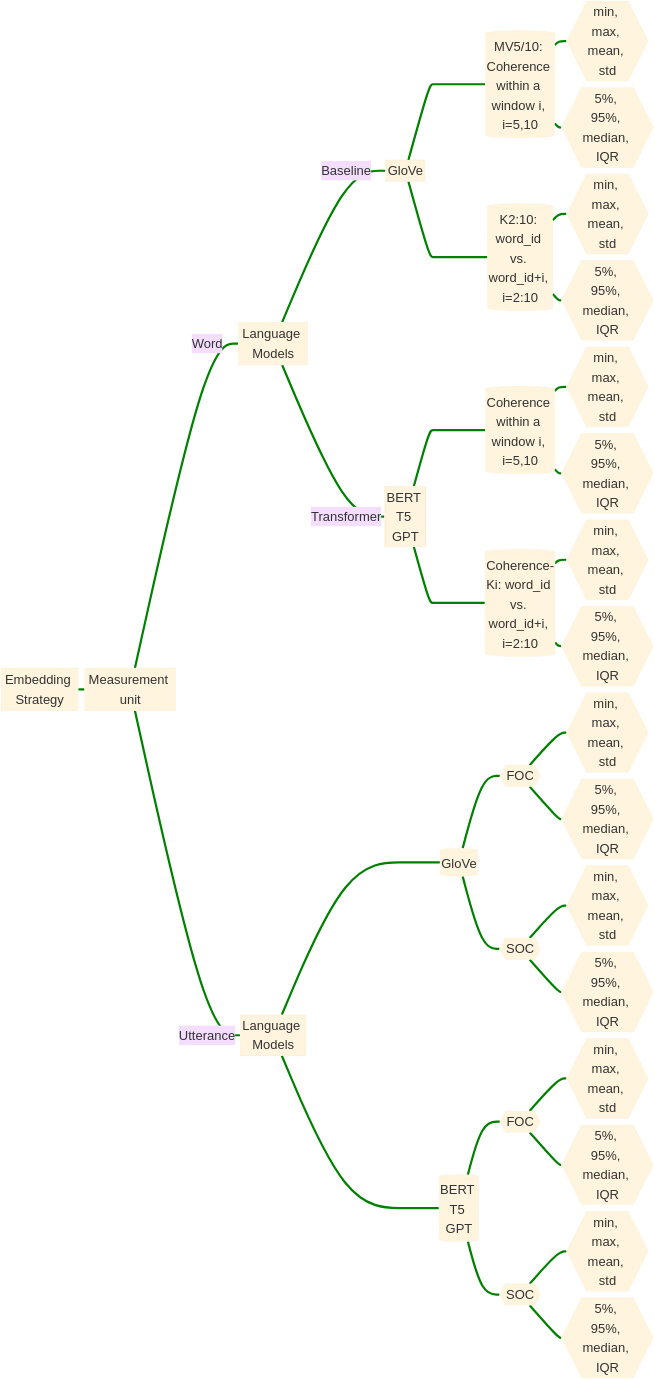
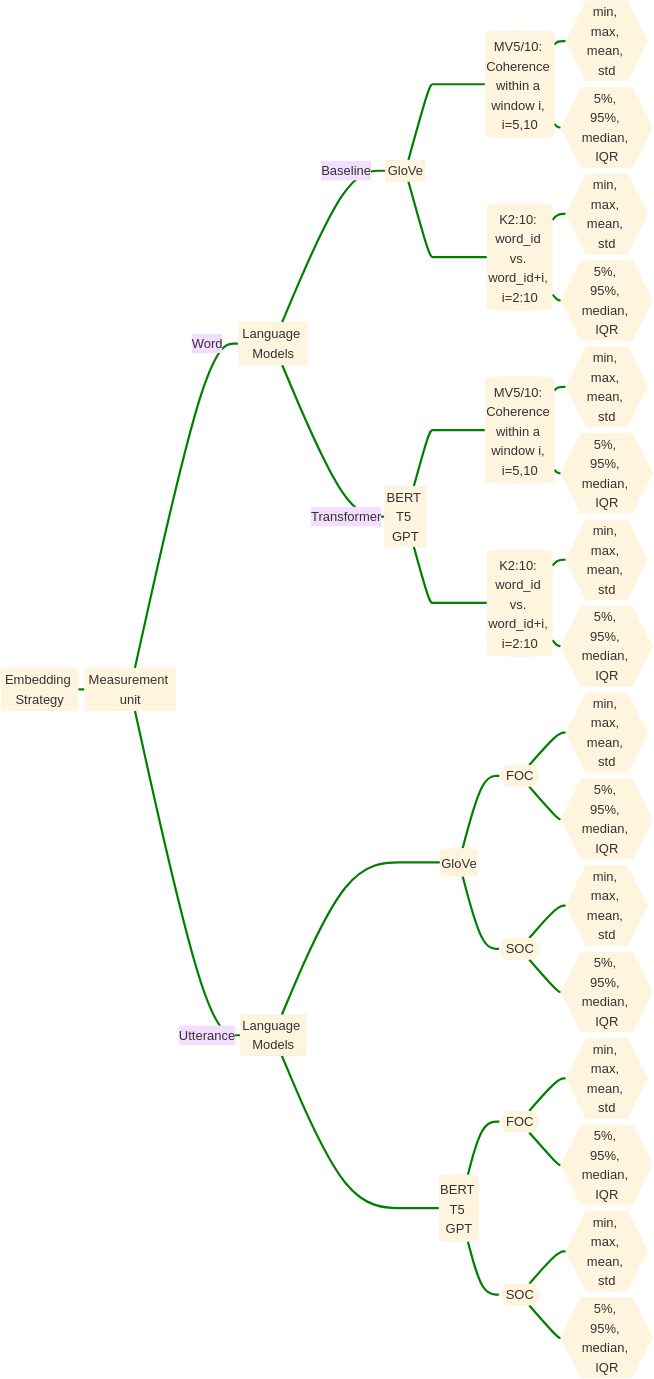
The first of 2 diagrams in README.md (yancong222/SSD-LM-STanglab), drawn with Mermaid before and after one commit.

````diff
--- a/README.md
+++ b/README.md
@@ -17,66 +17,66 @@
 ```mermaid
 %%{init: {'theme': 'base', 'themeVariables': { 'fontSize': '100px'}}}%%
 flowchart LR
     A[Embedding Strategy] ==> B[Measurement unit]
     B == Word ==> C[Language Models]
     C == Baseline ==> D[[GloVe]] ====> G[(MV5/10: Coherence within a window i, i=5,10)]
     G ==> J{{min, max, mean, std}}
     G ==> K{{5%, 95%, median, IQR}}
     D ====> P[(K2:10: word_id vs. word_id+i, i=2:10)]
     P ==> Q{{min, max, mean, std}}
     P ==> R{{5%, 95%, median, IQR}}
-    C == Transformer ==> E[[BERT T5 GPT]] ====> H[(Coherence within a window i, i=5,10)]
+    C == Transformer ==> E[[BERT T5 GPT]] ====> H[(MV5/10: Coherence within a window i, i=5,10)]
     H ==> L{{min, max, mean, std}}
     H ==> M{{5%, 95%, median, IQR}}
-    E ====> S[(Coherence-Ki: word_id vs. word_id+i, i=2:10)]
+    E ====> S[(K2:10: word_id vs. word_id+i, i=2:10)]
     S ==> T{{min, max, mean, std}}
     S ==> U{{5%, 95%, median, IQR}}
     B == Utterance ==> F[[Language Models]] ====> I[(GloVe)]
     I ==> N{{FOC}}
     I ==> O{{SOC}}
     N ==> a{{min, max, mean, std}}
     N ==> b{{5%, 95%, median, IQR}}
     O ==> c{{min, max, mean, std}}
     O ==> d{{5%, 95%, median, IQR}}
     F ====> V[(BERT T5 GPT)]
     V ==> W{{FOC}}
     V ==> X{{SOC}}
     W ==> e{{min, max, mean, std}}
     W ==> f{{5%, 95%, median, IQR}}
     X ==> g{{min, max, mean, std}}
     X ==> h{{5%, 95%, median, IQR}}
     
     
     linkStyle 0 stroke-width:17px,fill:none,stroke:green;
     linkStyle 1 stroke-width:17px,fill:none,stroke:green;
     linkStyle 2 stroke-width:17px,fill:none,stroke:green;
     linkStyle 3 stroke-width:17px,fill:none,stroke:green;
     linkStyle 4 stroke-width:17px,fill:none,stroke:green;
     linkStyle 5 stroke-width:17px,fill:none,stroke:green;
     linkStyle 6 stroke-width:17px,fill:none,stroke:green;
     linkStyle 7 stroke-width:17px,fill:none,stroke:green;
     linkStyle 8 stroke-width:17px,fill:none,stroke:green;
     linkStyle 9 stroke-width:17px,fill:none,stroke:green;
     linkStyle 10 stroke-width:17px,fill:none,stroke:green;
     linkStyle 11 stroke-width:17px,fill:none,stroke:green;
     linkStyle 12 stroke-width:17px,fill:none,stroke:green;
     linkStyle 13 stroke-width:17px,fill:none,stroke:green;
     linkStyle 14 stroke-width:17px,fill:none,stroke:green;
     linkStyle 15 stroke-width:17px,fill:none,stroke:green;
     linkStyle 16 stroke-width:17px,fill:none,stroke:green;
     linkStyle 17 stroke-width:17px,fill:none,stroke:green;
     linkStyle 18 stroke-width:17px,fill:none,stroke:green;
     linkStyle 19 stroke-width:17px,fill:none,stroke:green;
     linkStyle 20 stroke-width:17px,fill:none,stroke:green;
     linkStyle 21 stroke-width:17px,fill:none,stroke:green;
     linkStyle 22 stroke-width:17px,fill:none,stroke:green;
     linkStyle 23 stroke-width:17px,fill:none,stroke:green;
     linkStyle 24 stroke-width:17px,fill:none,stroke:green;
     linkStyle 25 stroke-width:17px,fill:none,stroke:green;
     linkStyle 26 stroke-width:17px,fill:none,stroke:green;
     linkStyle 27 stroke-width:17px,fill:none,stroke:green;
     linkStyle 28 stroke-width:17px,fill:none,stroke:green;
     linkStyle 29 stroke-width:17px,fill:none,stroke:green;
     linkStyle 30 stroke-width:17px,fill:none,stroke:green;
     
 ```
````
